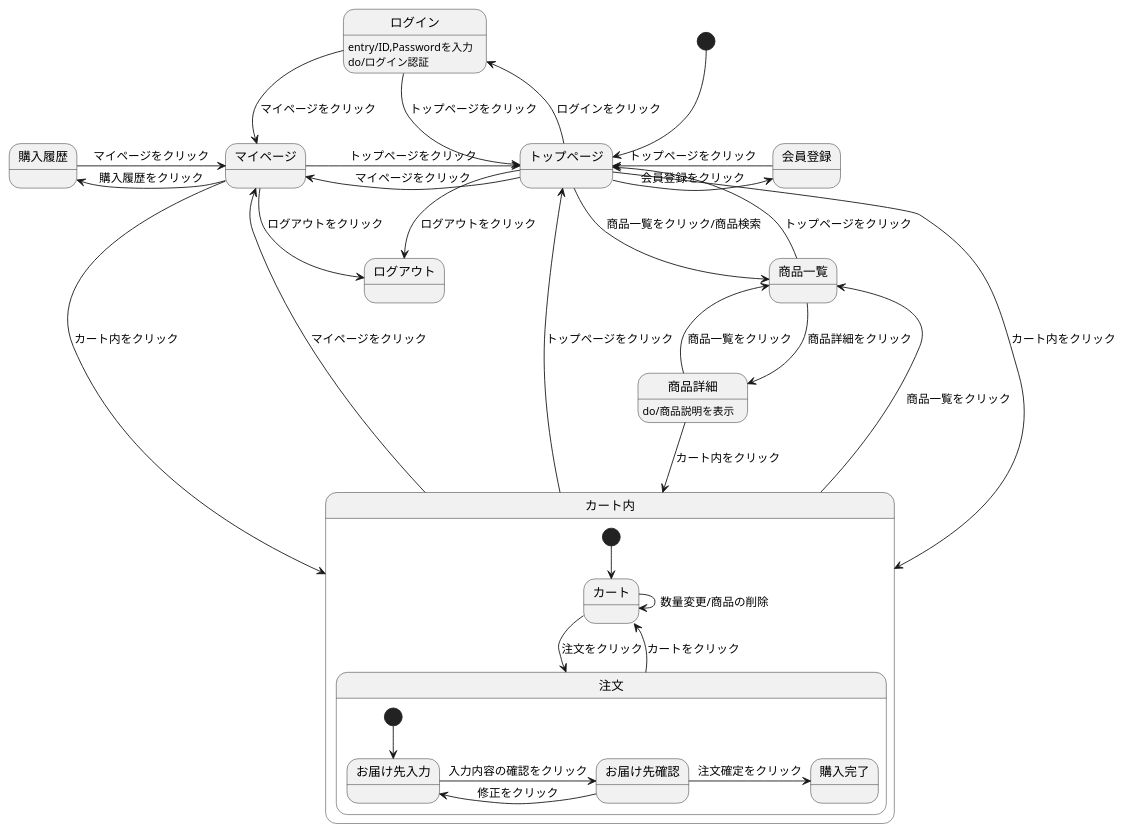
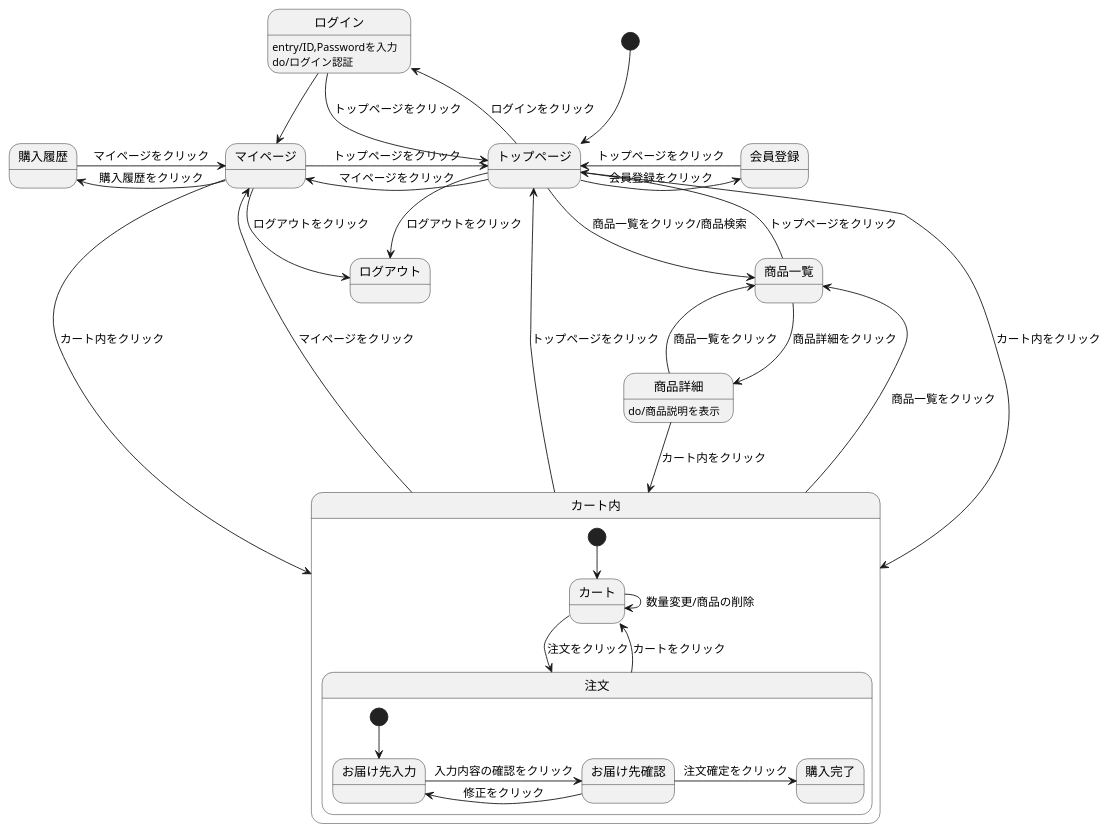
One commit to Aso2001163/2021sys-design-2 changed the diagram in Mypage(状態遷移図).md. Above: the diagram before and after it, drawn with PlantUML.

````diff
--- a/Mypage(状態遷移図).md
+++ b/Mypage(状態遷移図).md
@@ -1,42 +1,42 @@
 ```uml
 @startuml
 [*] --> トップページ
 トップページ -> 会員登録 : 会員登録をクリック
 会員登録 -> トップページ : トップページをクリック
 トップページ -left-> マイページ : マイページをクリック
 トップページ -left-> ログイン : ログインをクリック
 ログイン -> トップページ : トップページをクリック
-ログイン -down-> マイページ : マイページをクリック
+ログイン -down-> マイページ 
 ログイン:entry/ID,Passwordを入力
 ログイン:do/ログイン認証
 マイページ -> トップページ : トップページをクリック
 マイページ -down-> ログアウト : ログアウトをクリック
 マイページ -left-> 購入履歴 : 購入履歴をクリック
 マイページ -down-> カート内 : カート内をクリック  
 購入履歴 -> マイページ : マイページをクリック
 トップページ --> 商品一覧 : 商品一覧をクリック/商品検索
 トップページ -> カート内 : カート内をクリック
 トップページ -> ログアウト : ログアウトをクリック
 商品一覧 -> トップページ : トップページをクリック
 商品一覧 -> 商品詳細 : 商品詳細をクリック  
 商品詳細:do/商品説明を表示
 商品詳細 -down-> 商品一覧 : 商品一覧をクリック
 商品詳細 -down-> カート内 : カート内をクリック
 カート内 -> 商品一覧 : 商品一覧をクリック
 カート内 -up-> トップページ : トップページをクリック
 カート内 -up-> マイページ : マイページをクリック   
 
 state カート内 {
   [*] --> カート
   カート -down-> 注文 : 注文をクリック
   カート -> カート : 数量変更/商品の削除
   注文 -down-> カート : カートをクリック
   state 注文 {
     [*] --> お届け先入力
     お届け先入力 -> お届け先確認 : 入力内容の確認をクリック
     お届け先確認 -> お届け先入力 : 修正をクリック
     お届け先確認 -> 購入完了 : 注文確定をクリック
     }
  }
 @enduml
 ```
````
